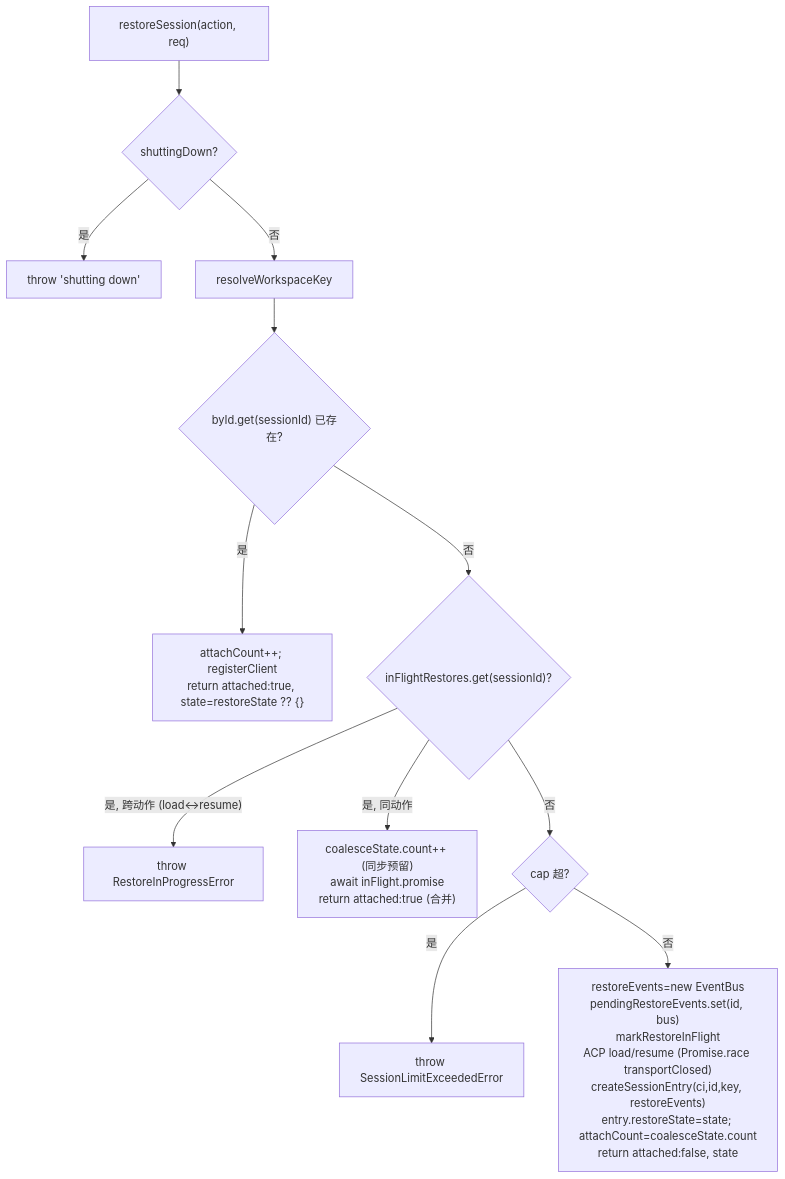
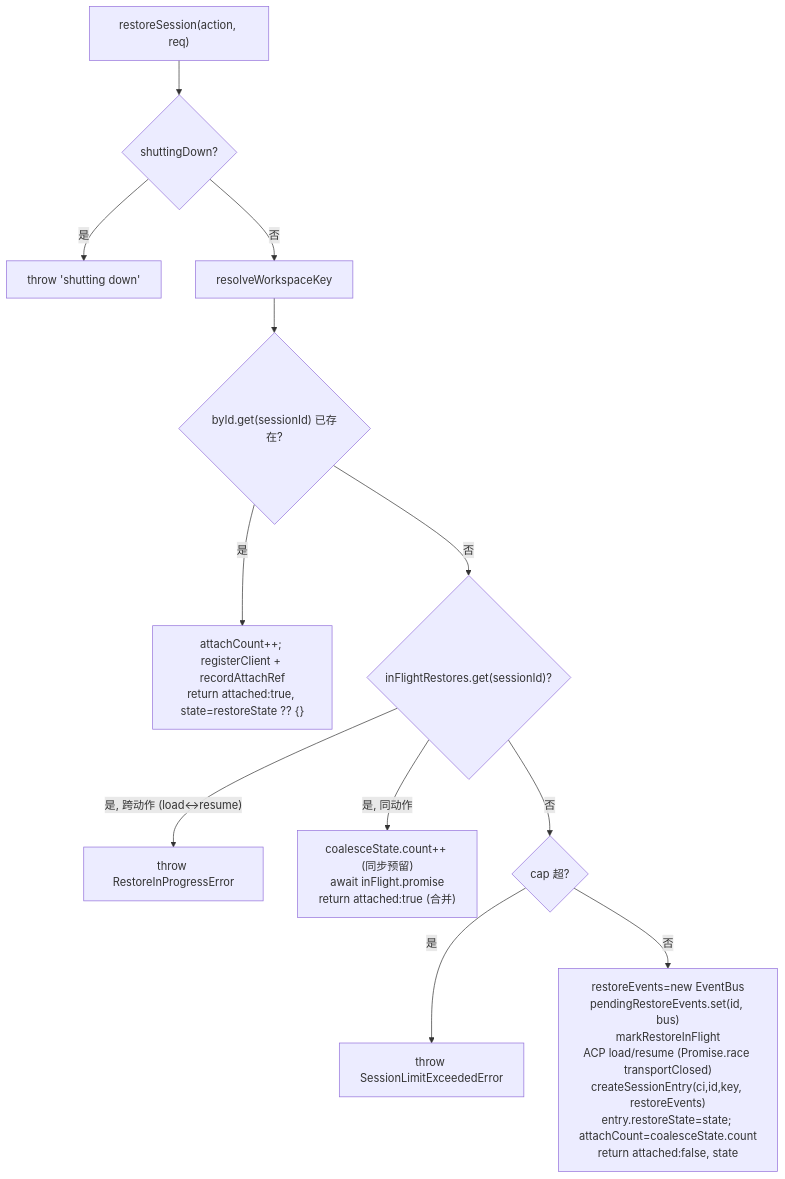
The second of 4 diagrams in qwen-code/feature/daemon-serve-mode/03-session-lifecycle.md (doudouOUC/code_agent), drawn with Mermaid before and after one commit. The commit also changed other lines of this file and 20 other files, not shown here.

````diff
--- a/qwen-code/feature/daemon-serve-mode/03-session-lifecycle.md
+++ b/qwen-code/feature/daemon-serve-mode/03-session-lifecycle.md
@@ -327,14 +356,14 @@
 ```mermaid
 flowchart TD
     A["restoreSession(action, req)"] --> SD{"shuttingDown?"}
     SD -->|是| X1["throw 'shutting down'"]
     SD -->|否| WK["resolveWorkspaceKey"]
     WK --> EX{"byId.get(sessionId) 已存在?"}
-    EX -->|是| ATT["attachCount++; registerClient<br/>return attached:true, state=restoreState ?? {}"]
+    EX -->|是| ATT["attachCount++; registerClient + recordAttachRef<br/>return attached:true, state=restoreState ?? {}"]
     EX -->|否| IFR{"inFlightRestores.get(sessionId)?"}
     IFR -->|"是, 跨动作 (load↔resume)"| RIP["throw RestoreInProgressError"]
     IFR -->|"是, 同动作"| CO["coalesceState.count++ (同步预留)<br/>await inFlight.promise<br/>return attached:true (合并)"]
     IFR -->|否| CAP{"cap 超?"}
     CAP -->|是| LE["throw SessionLimitExceededError"]
     CAP -->|否| NEW["restoreEvents=new EventBus<br/>pendingRestoreEvents.set(id, bus)<br/>markRestoreInFlight<br/>ACP load/resume (Promise.race transportClosed)<br/>createSessionEntry(ci,id,key, restoreEvents)<br/>entry.restoreState=state; attachCount=coalesceState.count<br/>return attached:false, state"]
 ```
````
